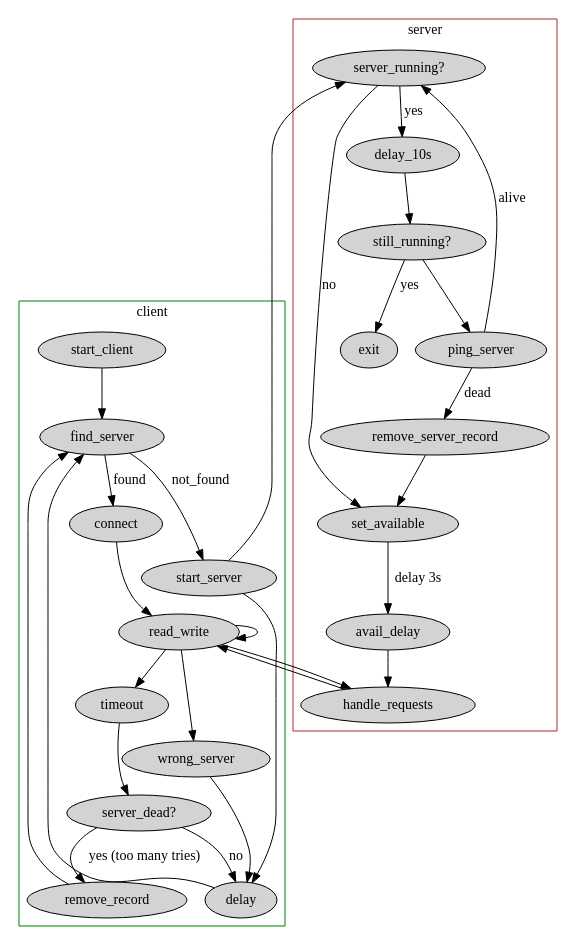
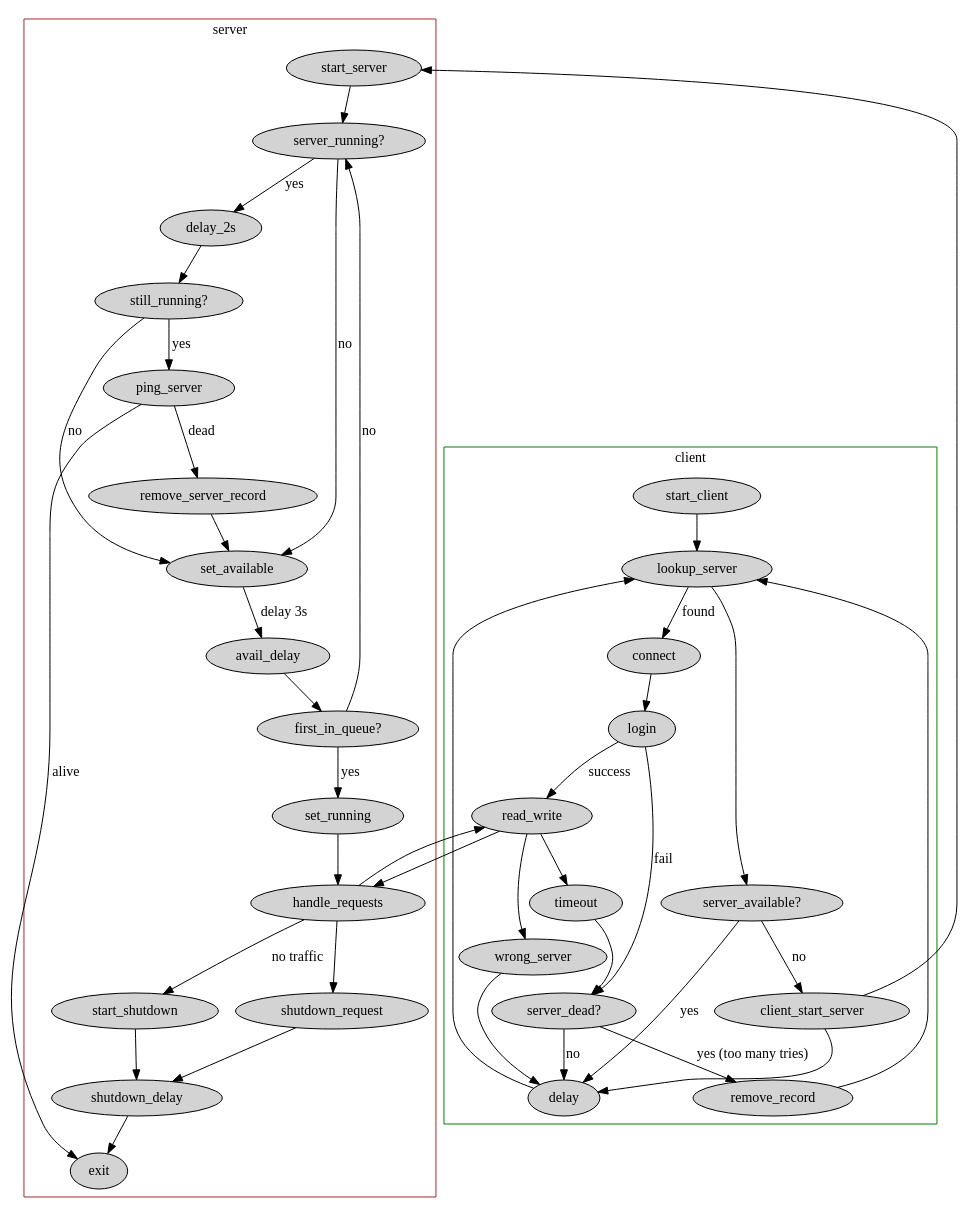
The diagram in docs/manual/server.dot (kiatoa/megatest), drawn with Graphviz before and after one commit.

Commit message:
Added more detail to server/client flow

```diff
--- a/docs/manual/server.dot
+++ b/docs/manual/server.dot
@@ -1,47 +1,67 @@
 digraph G {
+
+    // put client after server so server_start node is visible
+    //
     subgraph cluster_0 {
         node [style=filled];
 	
-	start_client -> find_server;
-	find_server -> connect [label=found];
+	start_client -> lookup_server;
+	lookup_server -> connect [label=found];
 
-	find_server -> start_server[label=not_found];
-	start_server -> delay;
+	lookup_server -> "server_available?";
+	"server_available?" -> delay [label=yes];
+	"server_available?" -> client_start_server [label=no];
 
-	connect -> read_write;
+	client_start_server -> delay;
+
+	connect -> login;
+	login -> read_write [label=success];
+	login -> "server_dead?" [label=fail];
+
 	read_write -> timeout -> "server_dead?";
 	read_write -> wrong_server -> delay;
-	read_write -> read_write;
+	// read_write -> read_write;
 	
 	"server_dead?" -> remove_record [label="yes (too many tries)"];
-	remove_record -> find_server;
+	remove_record -> lookup_server;
 	"server_dead?" -> delay [label=no];
 
-	delay -> find_server;	
+	delay -> lookup_server;	
 
         label = "client";
         color=green;
     }
 
     subgraph cluster_1 {
         node [style=filled];
 	
 	start_server -> "server_running?";
 	"server_running?" -> set_available [label="no"];
-	"server_running?" -> delay_10s [label="yes"];
-	delay_10s -> "still_running?";
-	"still_running?" -> exit [label=yes];
-	"still_running?" -> ping_server;
-	ping_server -> "server_running?" [label=alive];
+	"server_running?" -> delay_2s [label="yes"];
+	delay_2s -> "still_running?";
+	"still_running?" -> ping_server [label=yes];
+	"still_running?" -> set_available [label=no];
+	ping_server -> exit [label=alive];
 	ping_server -> remove_server_record [label=dead];
 	remove_server_record -> set_available;
-	handle_requests -> read_write;
+	set_available -> avail_delay [label="delay 3s"];
+	avail_delay -> "first_in_queue?";
 
-	set_available -> avail_delay [label="delay 3s"];
-	avail_delay -> handle_requests;
+	"first_in_queue?" -> set_running [label=yes];
+	set_running -> handle_requests;
+	"first_in_queue?" -> "server_running?" [label=no];
+
+	handle_requests -> start_shutdown [label="no traffic"];
+	handle_requests -> shutdown_request;
+	start_shutdown -> shutdown_delay;
+	shutdown_request -> shutdown_delay;
+	shutdown_delay -> exit;
 	
         label = "server";
         color=brown;
     }
+
+    client_start_server -> start_server;
+    handle_requests -> read_write;
     read_write -> handle_requests;
 }
```
